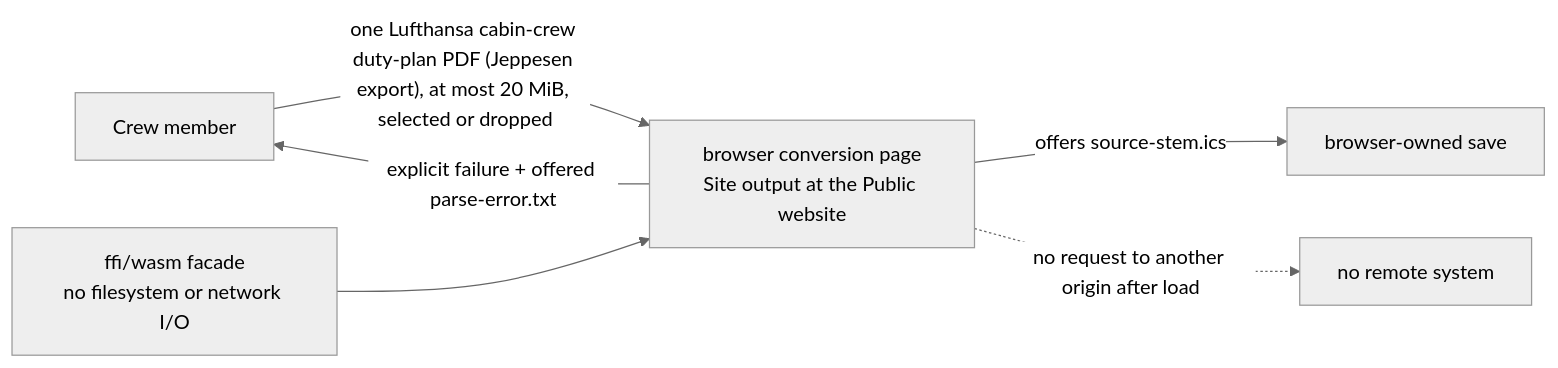
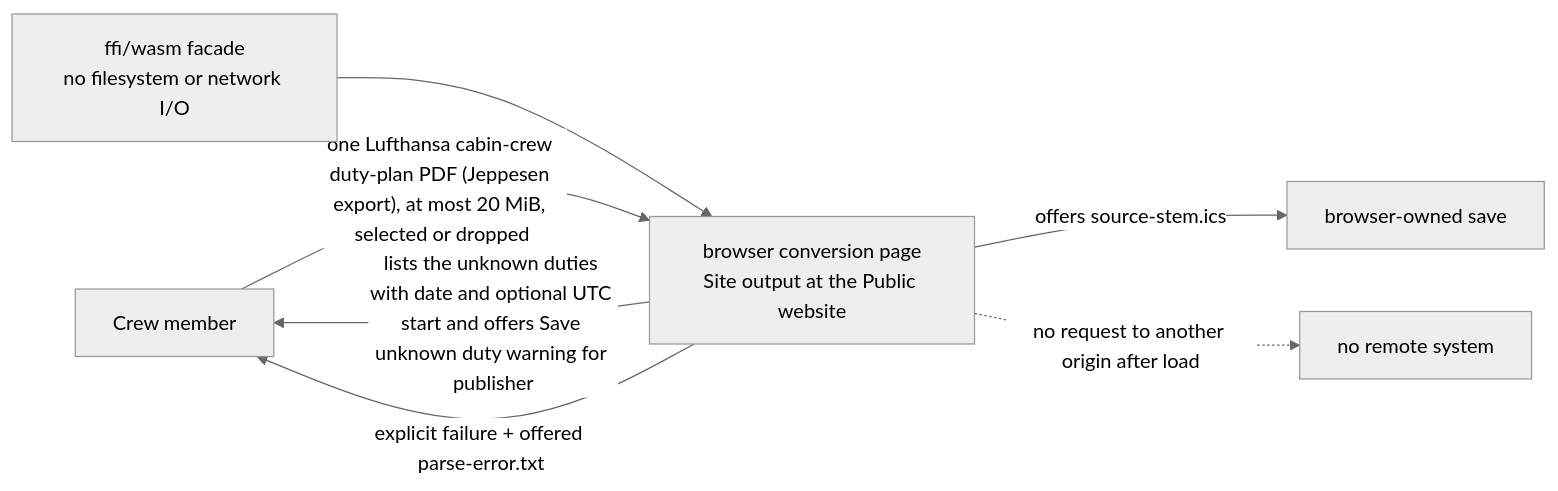
One commit to duty2cal/duty2cal changed the second of 7 diagrams in docs/arc42/03-context-and-scope.md. Above: the diagram before and after it, drawn with Mermaid (neutral theme). The commit also changed other lines of this file and 18 other files, not shown here.

First line of the commit message:
Every calendar entry for an unrecognized duty code is prefixed with `unknown duty: <code>`, and the browser's ready page lists those duties and offers the calendar and the publisher warning with clear save labels.

````diff
--- a/docs/arc42/03-context-and-scope.md
+++ b/docs/arc42/03-context-and-scope.md
@@ -46,8 +46,9 @@
 ```mermaid
 flowchart LR
   crew["Crew member"] -->|"one Lufthansa cabin-crew duty-plan PDF (Jeppesen export), at most 20 MiB, selected or dropped"| page["browser conversion page<br/>Site output at the Public website"]
   page -->|"offers source-stem.ics"| browser["browser-owned save"]
+  page -->|"lists the unknown duties with date and optional UTC start and offers Save unknown duty warning for publisher"| crew
   page -->|"explicit failure + offered parse-error.txt"| crew
   wasm["ffi/wasm facade<br/>no filesystem or network I/O"] --> page
   page -.->|"no request to another origin after load"| none["no remote system"]
 ```
````
